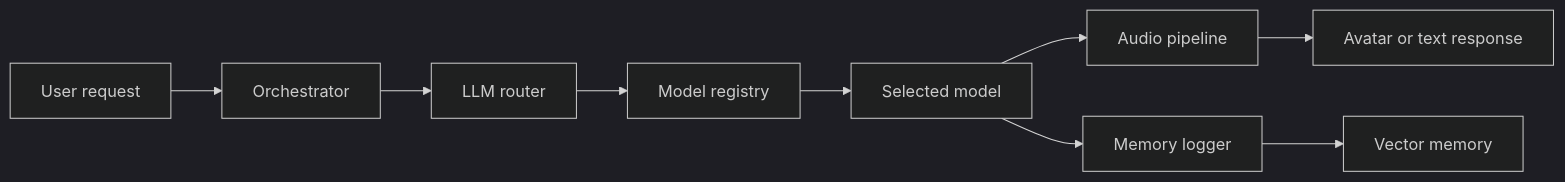
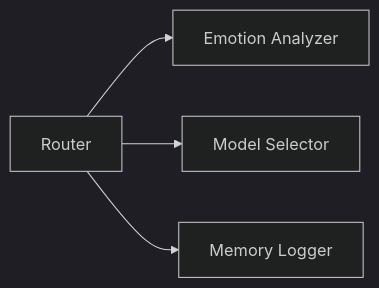
Before and after one commit to DINGIRABZU/ABZU: the first of 11 diagrams in docs/architecture_overview.md, drawn with Mermaid (dark theme). The commit also changed other lines of this file, not shown here.

Commit message:
refactor: detail component diagrams

````diff
--- a/docs/architecture_overview.md
+++ b/docs/architecture_overview.md
@@ -94,11 +13,6 @@
 ```mermaid
 flowchart LR
-    U[User request] --> O[Orchestrator]
-    O --> R[LLM router]
-    R --> M[Model registry]
-    M --> L[Selected model]
-    L --> A[Audio pipeline]
-    L --> ML[Memory logger]
-    ML --> V[Vector memory]
-    A --> S[Avatar or text response]
+    R[Router] --> EA[Emotion Analyzer]
+    R --> MS[Model Selector]
+    R --> ML[Memory Logger]
 ```
````
